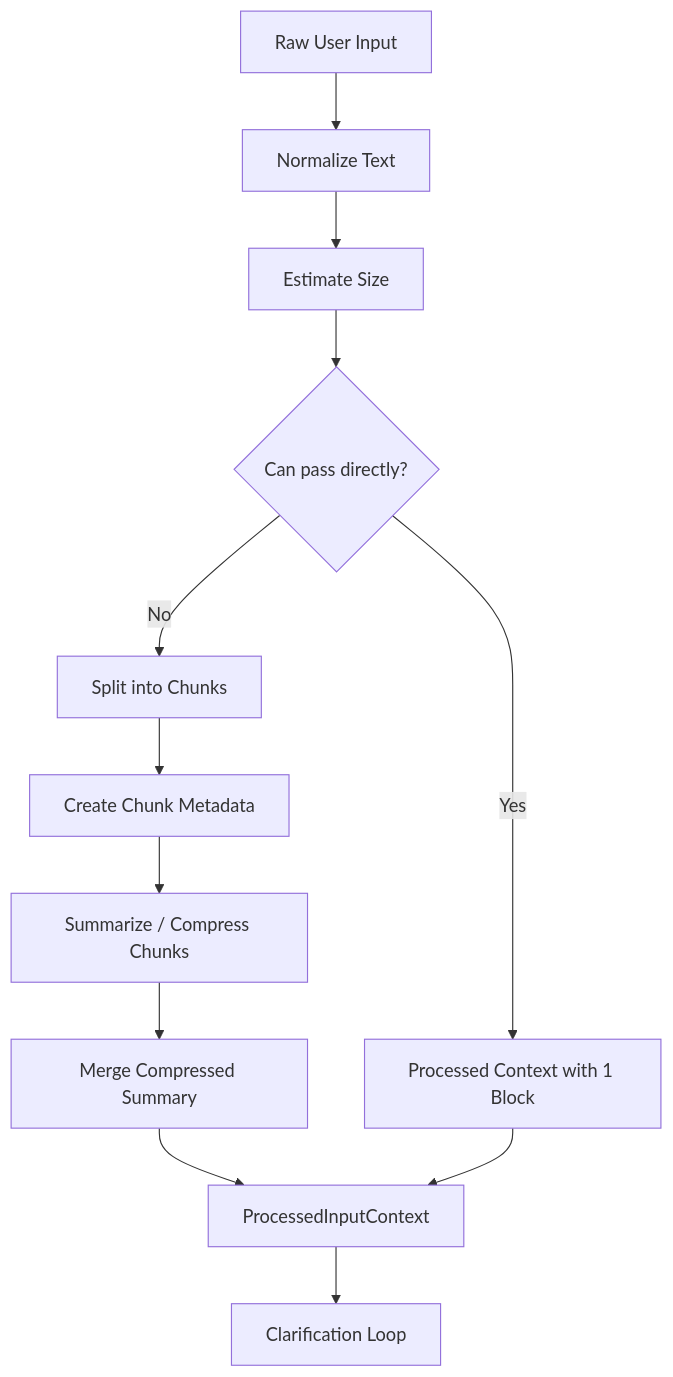
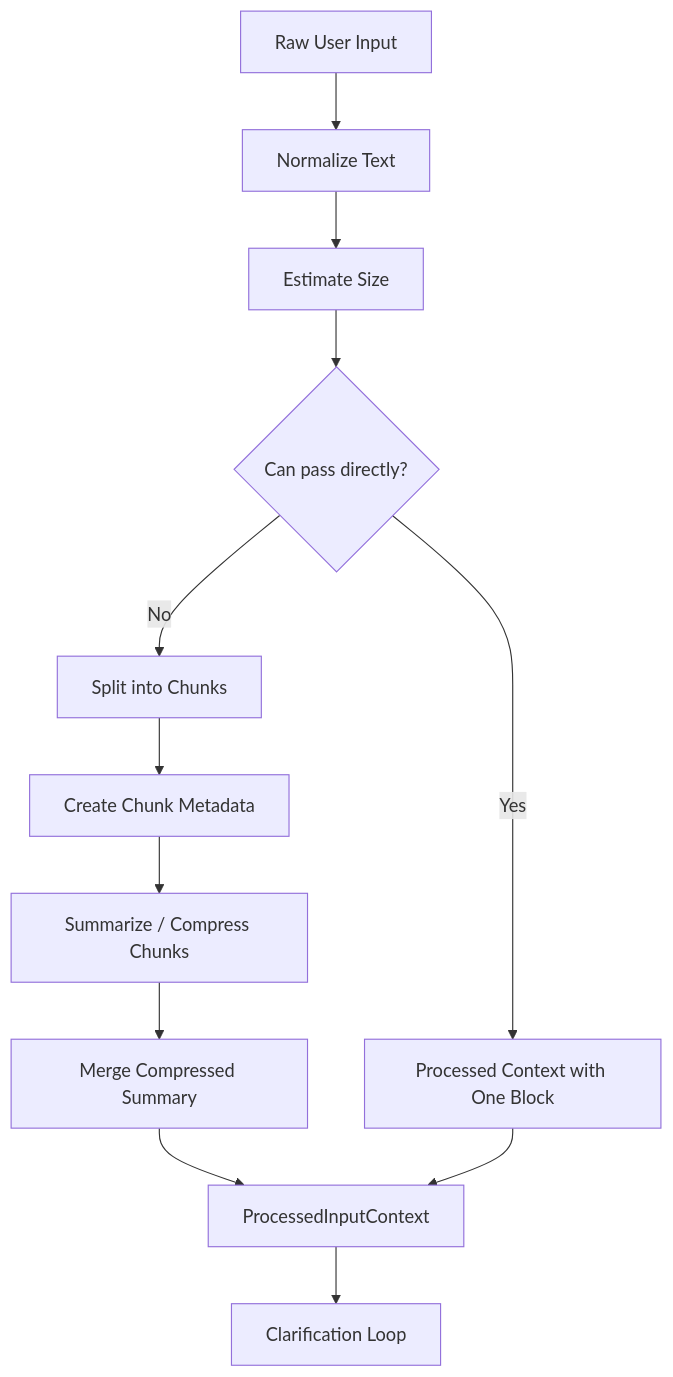
One commit to ProductMasterz/Mujarrad-Frontend changed the fifth of 23 diagrams in Docs/system-design-detailed-plan.md. Above: the diagram before and after it, drawn with Mermaid. The commit also changed other lines of this file, not shown here.

Commit message:
Enhance system design architecture plan

````diff
--- a/Docs/system-design-detailed-plan.md
+++ b/Docs/system-design-detailed-plan.md
@@ -352,14 +359,18 @@
 ```mermaid
 flowchart TD
     A[Raw User Input] --> B[Normalize Text]
     B --> C[Estimate Size]
     C --> D{Can pass directly?}
-    D -->|Yes| E[Processed Context with 1 Block]
+
+    D -->|Yes| E[Processed Context with One Block]
     D -->|No| F[Split into Chunks]
+
     F --> G[Create Chunk Metadata]
     G --> H[Summarize / Compress Chunks]
     H --> I[Merge Compressed Summary]
+
     I --> J[ProcessedInputContext]
     E --> J
+
     J --> K[Clarification Loop]
 ```
````
